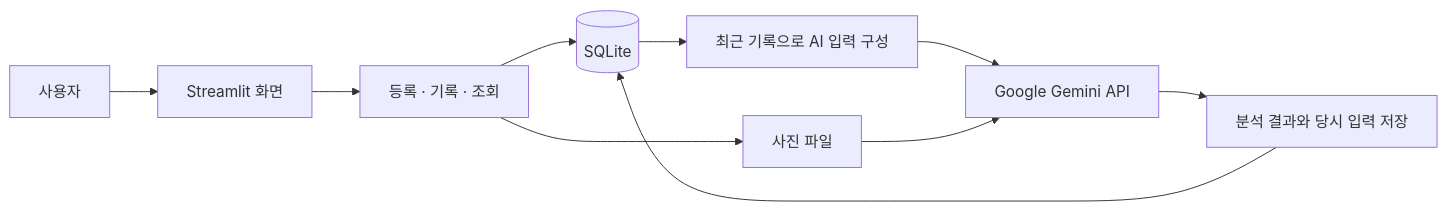
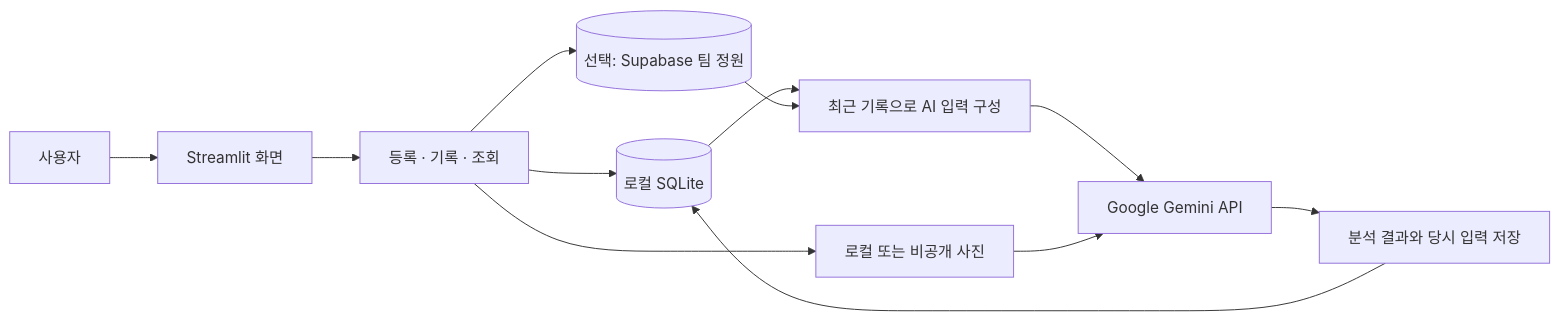
One commit to Mhoyoung/plant-care-ai changed the diagram in README.md. Above: the diagram before and after it, drawn with Mermaid. The commit also changed other lines of this file and 19 other files, not shown here.

````diff
--- a/README.md
+++ b/README.md
@@ -85,12 +86,14 @@
 ```mermaid
 flowchart LR
     USER[사용자] --> UI[Streamlit 화면]
     UI --> STORE[등록 · 기록 · 조회]
-    STORE --> DB[(SQLite)]
-    STORE --> PHOTO[사진 파일]
+    STORE --> DB[(로컬 SQLite)]
+    STORE --> CLOUD[(선택: Supabase 팀 정원)]
+    STORE --> PHOTO[로컬 또는 비공개 사진]
     DB --> CONTEXT[최근 기록으로 AI 입력 구성]
+    CLOUD --> CONTEXT
     CONTEXT --> AI[Google Gemini API]
     PHOTO --> AI
     AI --> RESULT[분석 결과와 당시 입력 저장]
     RESULT --> DB
 ```
````
